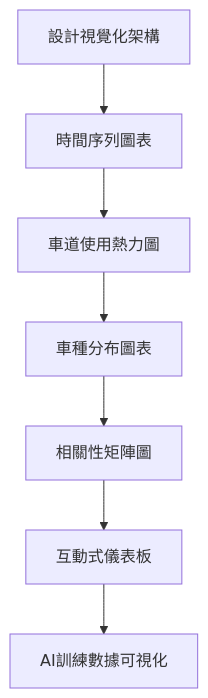
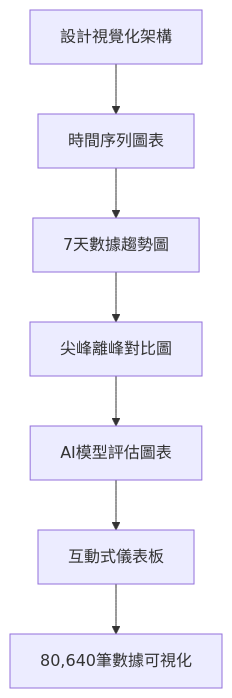
Before and after one commit to qrere-Ya/traffic_project_roadmap: the fifth of 6 diagrams in README.md, drawn with Mermaid. The commit also changed other lines of this file, not shown here.

````diff
--- a/README.md
+++ b/README.md
@@ -155,9 +196,9 @@
 ```mermaid
 graph TD
     CC[設計視覺化架構] --> DD[時間序列圖表]
-    DD --> EE[車道使用熱力圖]
-    EE --> FF[車種分布圖表]
-    FF --> GG[相關性矩陣圖]
+    DD --> EE[7天數據趨勢圖]
+    EE --> FF[尖峰離峰對比圖]
+    FF --> GG[AI模型評估圖表]
     GG --> HH[互動式儀表板]
-    HH --> II[AI訓練數據可視化]
+    HH --> II[80,640筆數據可視化]
 ```
````
